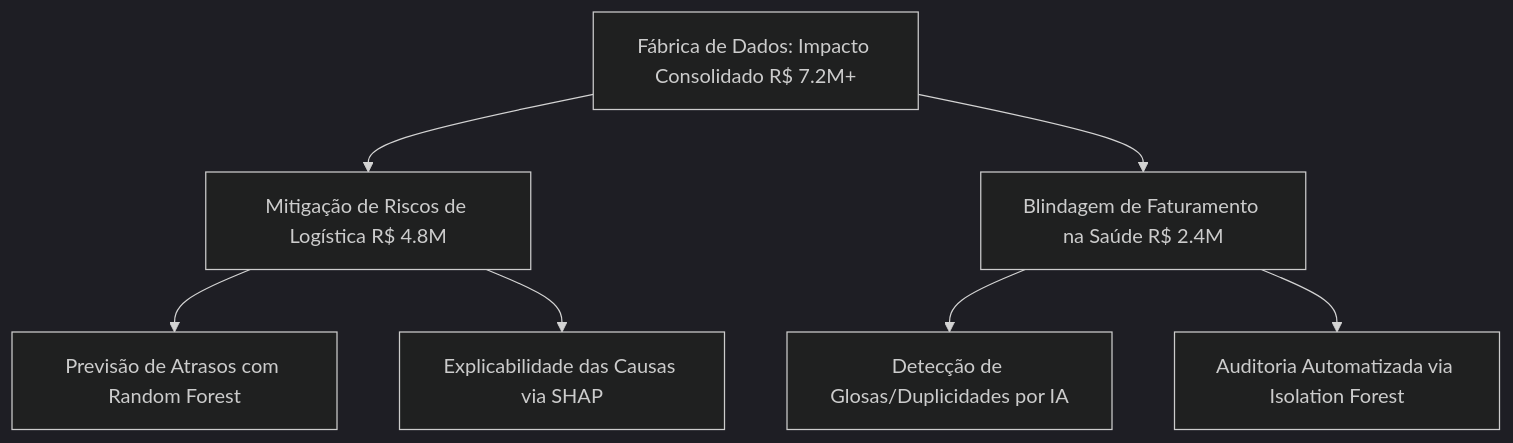
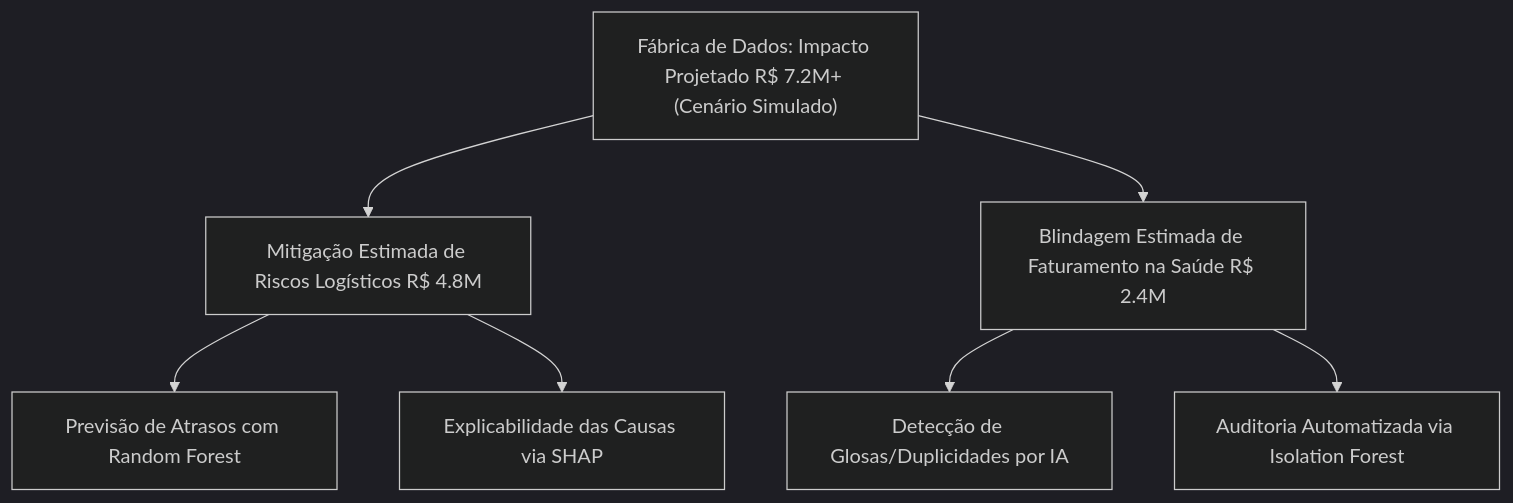
Before and after one commit to Luh-gif/Portfolio-Ciencia-de-dados-: the diagram in walkthrough_mestre.md, drawn with Mermaid (dark theme). The commit also changed other lines of this file and 1 other file, not shown here.

````diff
--- a/walkthrough_mestre.md
+++ b/walkthrough_mestre.md
@@ -11,9 +11,9 @@
 ```mermaid
 graph TD
-    A[Fábrica de Dados: Impacto Consolidado R$ 7.2M+] --> B[Mitigação de Riscos de Logística R$ 4.8M]
-    A --> C[Blindagem de Faturamento na Saúde R$ 2.4M]
+    A["Fábrica de Dados: Impacto Projetado R$ 7.2M+ (Cenário Simulado)"] --> B["Mitigação Estimada de Riscos Logísticos R$ 4.8M"]
+    A --> C["Blindagem Estimada de Faturamento na Saúde R$ 2.4M"]
     B --> B1[Previsão de Atrasos com Random Forest]
     B --> B2[Explicabilidade das Causas via SHAP]
     C --> C1[Detecção de Glosas/Duplicidades por IA]
     C --> C2[Auditoria Automatizada via Isolation Forest]
 ```
````
